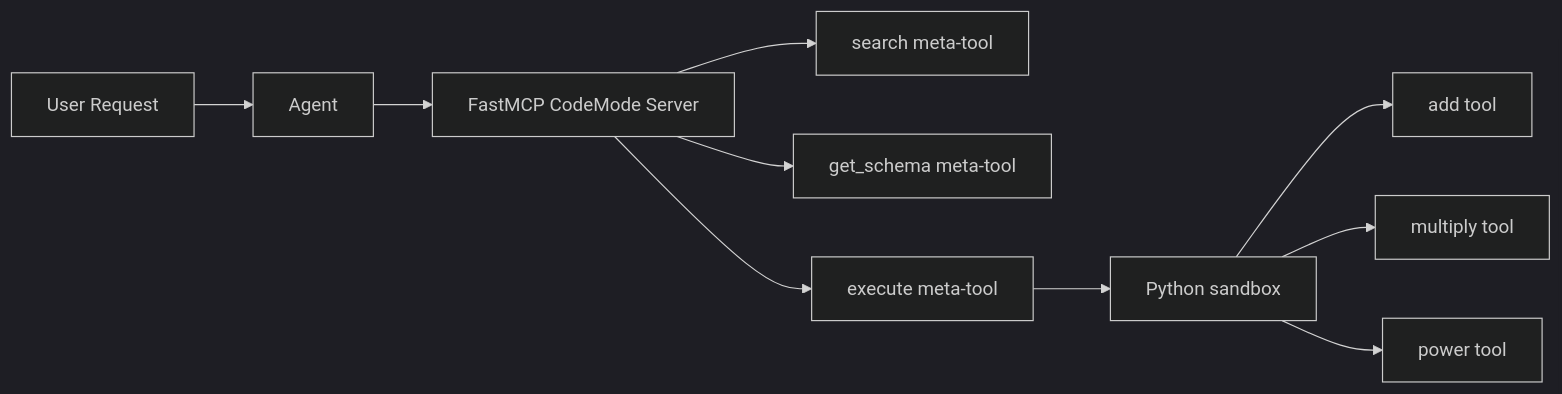
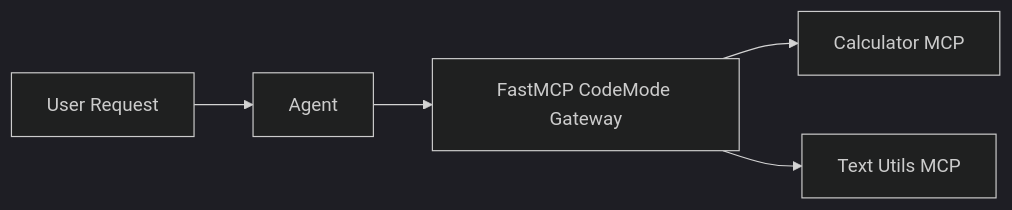
One commit to axsaucedo/kaos changed the diagram in docs/examples/fastmcp-codemode.md. Above: the diagram before and after it, drawn with Mermaid (dark theme). The commit also changed other lines of this file and 1 other file, not shown here.

First line of the commit message:
docs(examples): rewrite fastmcp-codemode example as MCP server aggregator

````diff
--- a/docs/examples/fastmcp-codemode.md
+++ b/docs/examples/fastmcp-codemode.md
@@ -48,12 +50,7 @@
 ```mermaid
 graph LR
     A[User Request] --> B[Agent]
-    B --> C[FastMCP CodeMode Server]
-    C --> D[search meta-tool]
-    C --> E[get_schema meta-tool]
-    C --> F[execute meta-tool]
-    F --> G[Python sandbox]
-    G --> H[add tool]
-    G --> I[multiply tool]
-    G --> J[power tool]
+    B --> C[FastMCP CodeMode Gateway]
+    C --> D[Calculator MCP]
+    C --> E[Text Utils MCP]
 ```
````
